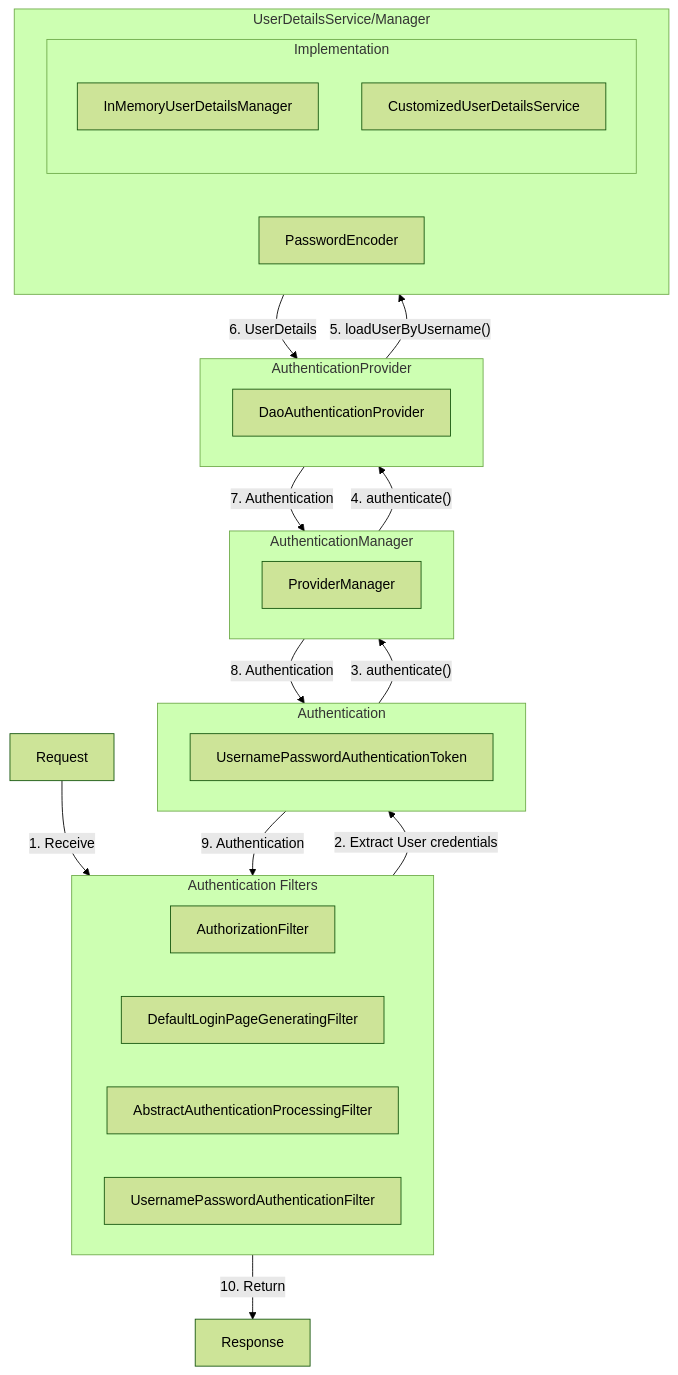
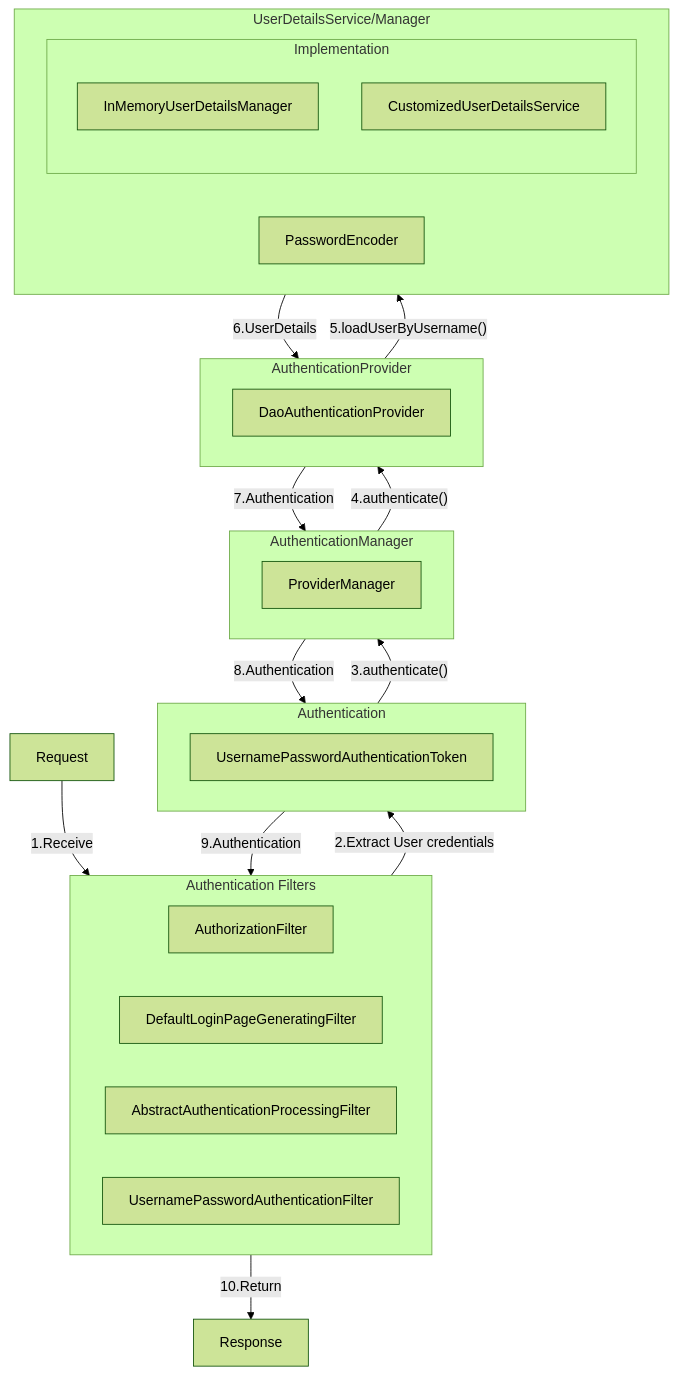
The diagram in README.md (TyrionGump/spring-security-template), drawn with Mermaid (forest theme) before and after one commit. The commit also changed 3 other files, not shown here.

Commit message:
Add demo for customizing `AuthenticationProvider`

````diff
--- a/README.md
+++ b/README.md
@@ -3,50 +3,50 @@
 ```mermaid
 flowchart
 %% Requests & Responses
     Request
     Response
 %% Authentication Filters grouping
     subgraph Filters["Authentication Filters"]
         AuthorizationFilter
         DefaultLoginPageGeneratingFilter
         AbstractAuthenticationProcessingFilter
         UsernamePasswordAuthenticationFilter
     end
 
 %% Authentication token
     subgraph Authentication
         UsernamePasswordAuthenticationToken
     end
 
 %% Authentication manager
     subgraph AuthenticationManager
         ProviderManager
     end
 
 %% Authentication provider
     subgraph AuthenticationProvider
         DaoAuthenticationProvider
     end
 
 %% UserDetailsService
     subgraph UserDetailsService/Manager
         subgraph Implementation
             InMemoryUserDetailsManager
             CustomizedUserDetailsService
         end
         PasswordEncoder
     end
 
 %% Flow steps
-    Request -->|" 1. Receive "| Filters
-    Filters -->|" 2. Extract User credentials "| Authentication
-    Authentication -->|" 3. authenticate() "| AuthenticationManager
-    AuthenticationManager -->|" 4. authenticate() "| AuthenticationProvider
-    AuthenticationProvider -->|" 5. loadUserByUsername() "| UserDetailsService/Manager
-    UserDetailsService/Manager -->|" 6. UserDetails "| AuthenticationProvider
-    AuthenticationProvider -->|" 7. Authentication "| AuthenticationManager
-    AuthenticationManager -->|" 8. Authentication "| Authentication
-    Authentication -->|" 9. Authentication "| Filters
-    Filters -->|" 10. Return "| Response
+    Request -->|" 1.Receive "| Filters
+    Filters -->|" 2.Extract User credentials "| Authentication
+    Authentication -->|" 3.authenticate() "| AuthenticationManager
+    AuthenticationManager -->|" 4.authenticate() "| AuthenticationProvider
+    AuthenticationProvider -->|" 5.loadUserByUsername() "| UserDetailsService/Manager
+    UserDetailsService/Manager -->|" 6.UserDetails "| AuthenticationProvider
+    AuthenticationProvider -->|" 7.Authentication "| AuthenticationManager
+    AuthenticationManager -->|" 8.Authentication "| Authentication
+    Authentication -->|" 9.Authentication "| Filters
+    Filters -->|" 10.Return "| Response
 
 ```
````
